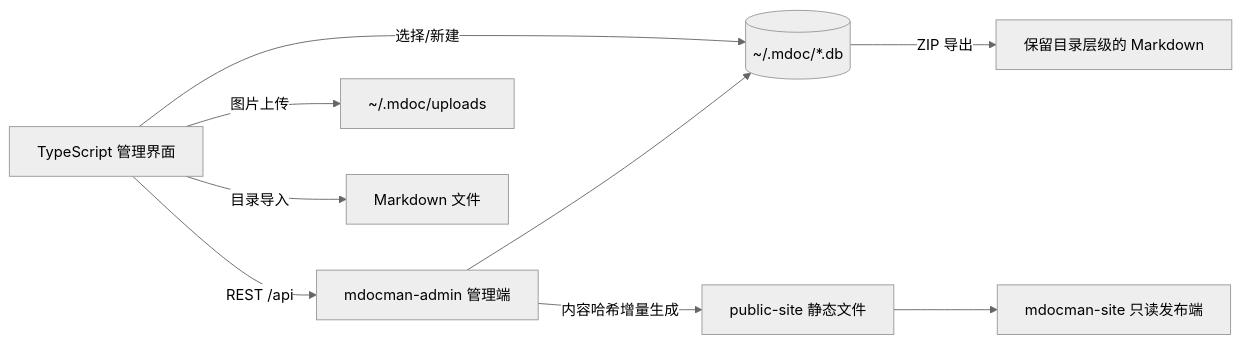
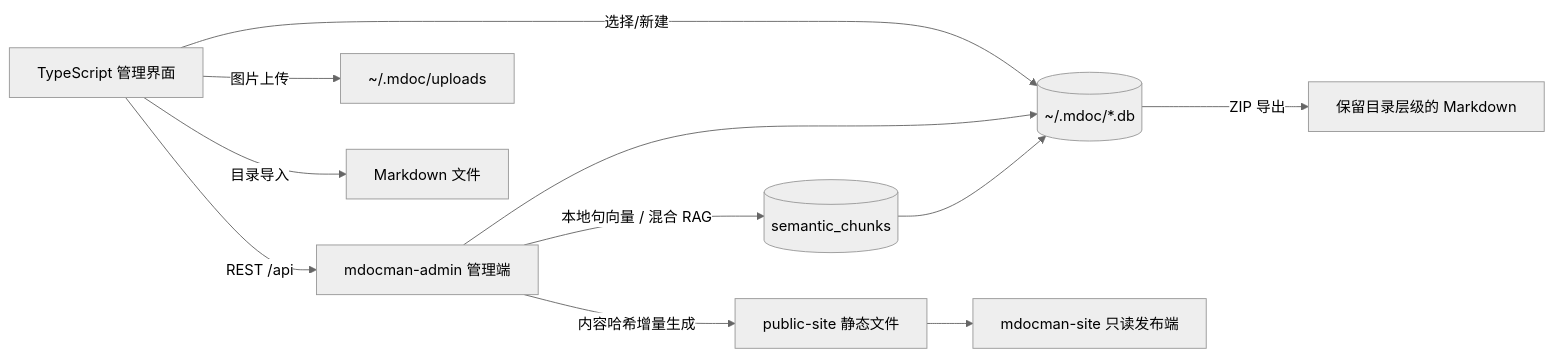
Before and after one commit to raoqu/mdoc: the first of 2 diagrams in docs/architecture.md, drawn with Mermaid (neutral theme). The commit also changed 30 other files, not shown here.

````diff
--- a/docs/architecture.md
+++ b/docs/architecture.md
@@ -5,11 +5,13 @@
 ```mermaid
 flowchart LR
     UI[TypeScript 管理界面] -->|REST /api| Admin[mdocman-admin 管理端]
     UI -->|选择/新建| Registry[(~/.mdoc/*.db)]
     Admin --> Registry
+    Admin -->|本地句向量 / 混合 RAG| Semantic[(semantic_chunks)]
+    Semantic --> Registry
     UI -->|图片上传| Assets[~/.mdoc/uploads]
     Admin -->|内容哈希增量生成| Static[public-site 静态文件]
     Static --> Site[mdocman-site 只读发布端]
     UI -->|目录导入| Import[Markdown 文件]
     Registry -->|ZIP 导出| Export[保留目录层级的 Markdown]
 ```
````
